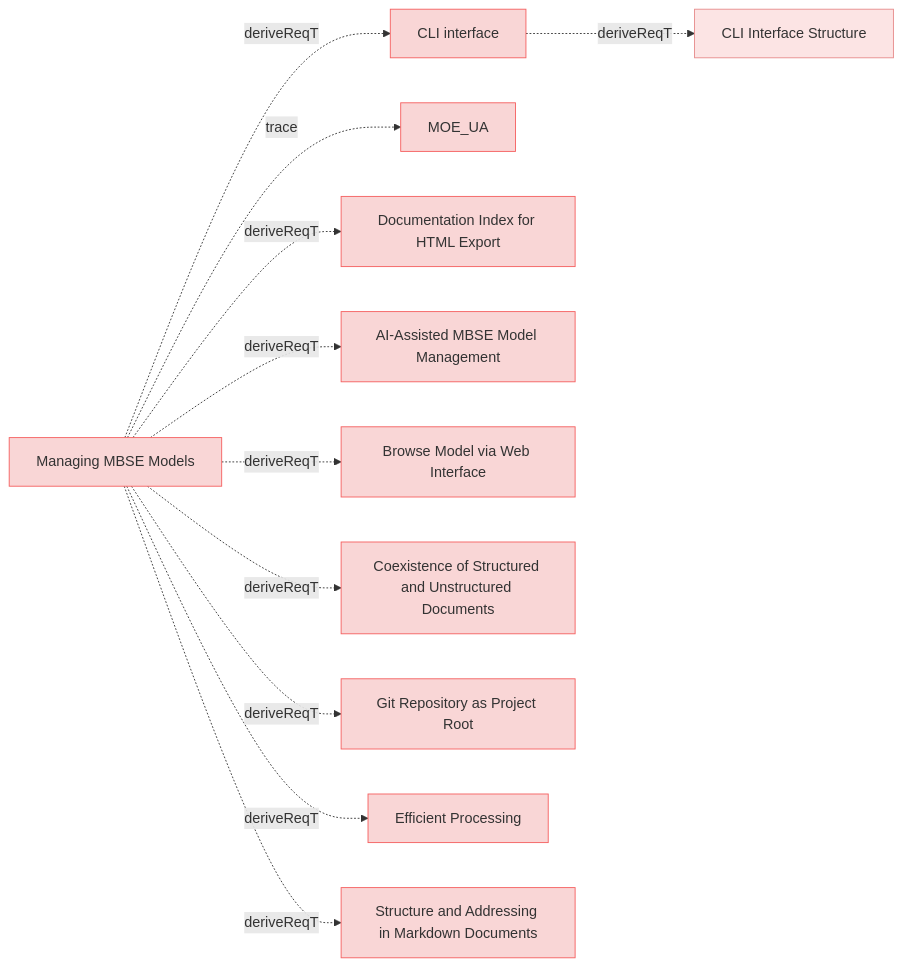
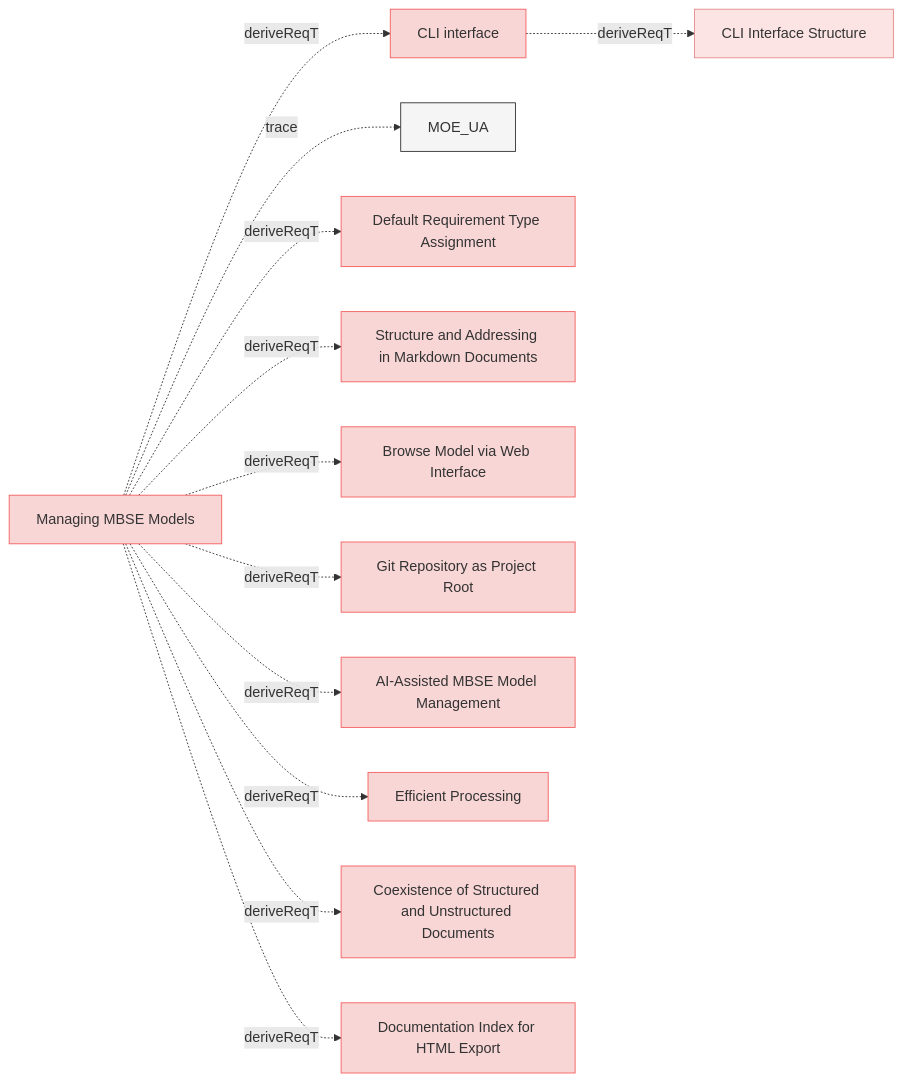
The ninth of 9 diagrams in specifications/UserRequirements.md (reqvire-org/reqvire), drawn with Mermaid before and after one commit. The commit also changed other lines of this file and 17 other files, not shown here.

````diff
--- a/specifications/UserRequirements.md
+++ b/specifications/UserRequirements.md
@@ -1115,53 +1128,57 @@
 ```mermaid
 graph LR;
   %% REQVIRE-AUTOGENERATED-DIAGRAM
   %% Graph styling
   classDef userRequirement fill:#f9d6d6,stroke:#f55f5f,stroke-width:1px;
   classDef systemRequirement fill:#fce4e4,stroke:#e68a8a,stroke-width:1px;
   classDef verification fill:#d6f9d6,stroke:#5fd75f,stroke-width:1px;
   classDef default fill:#f5f5f5,stroke:#333333,stroke-width:1px;
 
   f28849d46c19af44["CLI interface"];
   class f28849d46c19af44 userRequirement;
   click f28849d46c19af44 "UserRequirements.md#cli-interface";
   8f22faacdb454b23["CLI Interface Structure"];
   class 8f22faacdb454b23 systemRequirement;
   click 8f22faacdb454b23 "SystemRequirements/Requirements.md#cli-interface-structure";
   f28849d46c19af44 -.->|deriveReqT| 8f22faacdb454b23;
   e61b7c1baa89bfc6["Managing MBSE Models"];
   class e61b7c1baa89bfc6 userRequirement;
   click e61b7c1baa89bfc6 "UserStories.md#managing-mbse-models";
   2c5f30f14e792200["MOE_UA"];
-  class 2c5f30f14e792200 userRequirement;
+  class 2c5f30f14e792200 default;
   click 2c5f30f14e792200 "MOEs.md#moe_ua";
   e61b7c1baa89bfc6 -.->|trace| 2c5f30f14e792200;
+  c9cc6878a73bb951["Default Requirement Type Assignment"];
+  class c9cc6878a73bb951 userRequirement;
+  click c9cc6878a73bb951 "ManagingMbseModelsRequirements.md#default-requirement-type-assignment";
+  e61b7c1baa89bfc6 -.->|deriveReqT| c9cc6878a73bb951;
+  ade67c27bc5d3bbd["Structure and Addressing in Markdown Documents"];
+  class ade67c27bc5d3bbd userRequirement;
+  click ade67c27bc5d3bbd "SpecificationsRequirements.md#structure-and-addressing-in-markdown-documents";
+  e61b7c1baa89bfc6 -.->|deriveReqT| ade67c27bc5d3bbd;
+  e61b7c1baa89bfc6 -.->|deriveReqT| f28849d46c19af44;
+  a44b59684c593d1e["Browse Model via Web Interface"];
+  class a44b59684c593d1e userRequirement;
+  click a44b59684c593d1e "UserRequirements.md#browse-model-via-web-interface";
+  e61b7c1baa89bfc6 -.->|deriveReqT| a44b59684c593d1e;
+  649d72765b13e14f["Git Repository as Project Root"];
+  class 649d72765b13e14f userRequirement;
+  click 649d72765b13e14f "ManagingMbseModelsRequirements.md#git-repository-as-project-root";
+  e61b7c1baa89bfc6 -.->|deriveReqT| 649d72765b13e14f;
+  cd2d5dab49985ca2["AI-Assisted MBSE Model Management"];
+  class cd2d5dab49985ca2 userRequirement;
+  click cd2d5dab49985ca2 "UserStories.md#ai-assisted-mbse-model-management";
+  e61b7c1baa89bfc6 -.->|deriveReqT| cd2d5dab49985ca2;
+  d193d11c43776bec["Efficient Processing"];
+  class d193d11c43776bec userRequirement;
+  click d193d11c43776bec "ManagingMbseModelsRequirements.md#efficient-processing";
+  e61b7c1baa89bfc6 -.->|deriveReqT| d193d11c43776bec;
+  f0d721424636370e["Coexistence of Structured and Unstructured Documents"];
+  class f0d721424636370e userRequirement;
+  click f0d721424636370e "ManagingMbseModelsRequirements.md#coexistence-of-structured-and-unstructured-documents";
+  e61b7c1baa89bfc6 -.->|deriveReqT| f0d721424636370e;
   2f4125edaacb1231["Documentation Index for HTML Export"];
   class 2f4125edaacb1231 userRequirement;
   click 2f4125edaacb1231 "UserRequirements.md#documentation-index-for-html-export";
   e61b7c1baa89bfc6 -.->|deriveReqT| 2f4125edaacb1231;
-  e61b7c1baa89bfc6 -.->|deriveReqT| f28849d46c19af44;
-  cd2d5dab49985ca2["AI-Assisted MBSE Model Management"];
-  class cd2d5dab49985ca2 userRequirement;
-  click cd2d5dab49985ca2 "UserStories.md#ai-assisted-mbse-model-management";
-  e61b7c1baa89bfc6 -.->|deriveReqT| cd2d5dab49985ca2;
-  a44b59684c593d1e["Browse Model via Web Interface"];
-  class a44b59684c593d1e userRequirement;
-  click a44b59684c593d1e "UserRequirements.md#browse-model-via-web-interface";
-  e61b7c1baa89bfc6 -.->|deriveReqT| a44b59684c593d1e;
-  f0d721424636370e["Coexistence of Structured and Unstructured Documents"];
-  class f0d721424636370e userRequirement;
-  click f0d721424636370e "ManagingMbseModelsRequirements.md#coexistence-of-structured-and-unstructured-documents";
-  e61b7c1baa89bfc6 -.->|deriveReqT| f0d721424636370e;
-  649d72765b13e14f["Git Repository as Project Root"];
-  class 649d72765b13e14f userRequirement;
-  click 649d72765b13e14f "ManagingMbseModelsRequirements.md#git-repository-as-project-root";
-  e61b7c1baa89bfc6 -.->|deriveReqT| 649d72765b13e14f;
-  d193d11c43776bec["Efficient Processing"];
-  class d193d11c43776bec userRequirement;
-  click d193d11c43776bec "ManagingMbseModelsRequirements.md#efficient-processing";
-  e61b7c1baa89bfc6 -.->|deriveReqT| d193d11c43776bec;
-  ade67c27bc5d3bbd["Structure and Addressing in Markdown Documents"];
-  class ade67c27bc5d3bbd userRequirement;
-  click ade67c27bc5d3bbd "SpecificationsRequirements.md#structure-and-addressing-in-markdown-documents";
-  e61b7c1baa89bfc6 -.->|deriveReqT| ade67c27bc5d3bbd;
 ```
````
